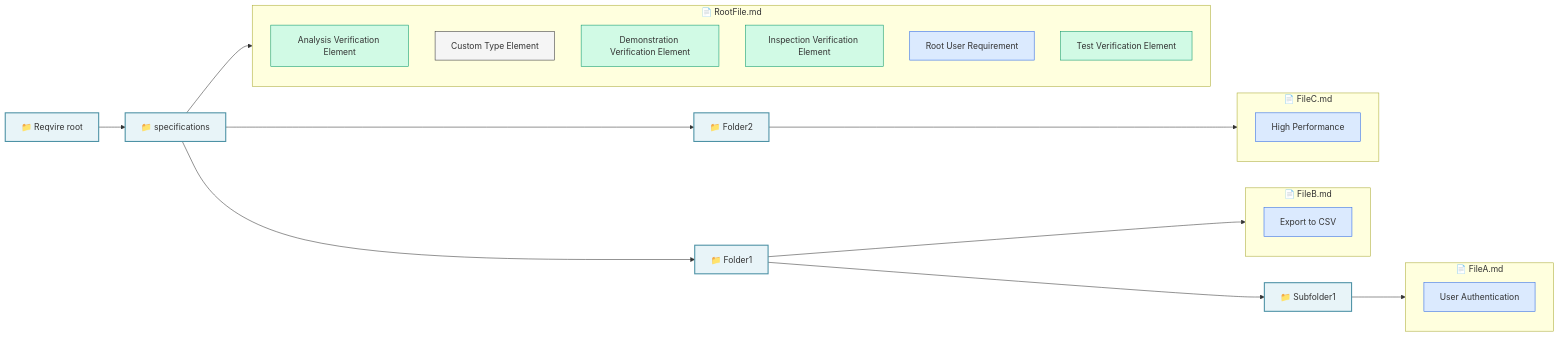
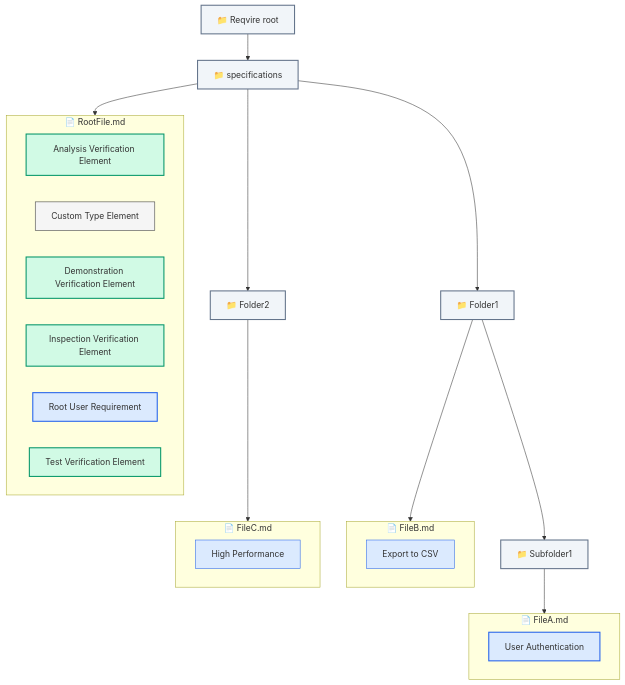
Before and after one commit to reqvire-org/reqvire: the diagram in tests/test-containment-view/expected-containment-output.md, drawn with Mermaid. The commit also changed other lines of this file and 22 other files, not shown here.

````diff
--- a/tests/test-containment-view/expected-containment-output.md
+++ b/tests/test-containment-view/expected-containment-output.md
@@ -6,80 +3,80 @@
 ```mermaid
-graph LR
+graph TD
   %% Graph styling
-  classDef userRequirement fill:#dbeafe,stroke:#2563EB,stroke-width:1px;
+  classDef userRequirement fill:#dbeafe,stroke:#2563EB,stroke-width:2px;
   classDef systemRequirement fill:#dbeafe,stroke:#2563EB,stroke-width:1px;
   classDef requirement fill:#dbeafe,stroke:#2563EB,stroke-width:1px;
-  classDef verification fill:#d1fae5,stroke:#059669,stroke-width:1px;
+  classDef verification fill:#d1fae5,stroke:#059669,stroke-width:2px;
   classDef default fill:#f5f5f5,stroke:#333333,stroke-width:1px;
-  classDef folder fill:#e8f4f8,stroke:#4a90a4,stroke-width:2px;
-  classDef file fill:#fff8e1,stroke:#f9a825,stroke-width:2px;
+  classDef folder fill:#f1f5f9,stroke:#64748B,stroke-width:2px;
+  classDef file fill:#fef3c7,stroke:#D97706,stroke-width:2px;
 
   root["📁 Reqvire root"]
   class root folder
 
   specifications["📁 specifications"]
   root --> specifications
   class specifications folder
   specifications_Folder1["📁 Folder1"]
   specifications --> specifications_Folder1
   class specifications_Folder1 folder
   specifications_Folder1_Subfolder1["📁 Subfolder1"]
   specifications_Folder1 --> specifications_Folder1_Subfolder1
   class specifications_Folder1_Subfolder1 folder
   subgraph specifications/Folder1/Subfolder1/FileA["📄 FileA.md"]
     58d1cd147301f9e3["User Authentication"]
   end
   specifications_Folder1_Subfolder1 --> specifications/Folder1/Subfolder1/FileA
   subgraph specifications/Folder1/FileB["📄 FileB.md"]
     e08a9833904afb54["Export to CSV"]
   end
   specifications_Folder1 --> specifications/Folder1/FileB
   specifications_Folder2["📁 Folder2"]
   specifications --> specifications_Folder2
   class specifications_Folder2 folder
   subgraph specifications/Folder2/FileC["📄 FileC.md"]
     25af44158bf43fcc["High Performance"]
   end
   specifications_Folder2 --> specifications/Folder2/FileC
   subgraph specifications/RootFile["📄 RootFile.md"]
     8be34e37b1135168["Analysis Verification Element"]
     17cdb2bd8b866540["Custom Type Element"]
     27ce8e2d3add00a7["Demonstration Verification Element"]
     e65293d51dd83e69["Inspection Verification Element"]
     2a302bfb04c46059["Root User Requirement"]
     939fef5f29ad393f["Test Verification Element"]
   end
   specifications --> specifications/RootFile
 
   %% Element type styling
   class e08a9833904afb54 requirement
   class f0838bb4b888bb69 requirement
   class 490e1613c01f9f25 requirement
   class b9b9c21ca4e8fef6 requirement
   class 58d1cd147301f9e3 userRequirement
   class 25af44158bf43fcc requirement
   class 06d646615c67db9c requirement
   class 8be34e37b1135168 verification
   class 17cdb2bd8b866540 default
   class 27ce8e2d3add00a7 verification
   class e65293d51dd83e69 verification
   class e7f7eefa12a25e33 requirement
   class 2a302bfb04c46059 userRequirement
   class 939fef5f29ad393f verification
 
   %% Clickable links
   click e08a9833904afb54 "specifications/Folder1/FileB.md#export-to-csv"
   click f0838bb4b888bb69 "specifications/Folder1/FileB.md#import-from-json"
   click 490e1613c01f9f25 "specifications/Folder1/Subfolder1/FileA.md#data-validation"
   click b9b9c21ca4e8fef6 "specifications/Folder1/Subfolder1/FileA.md#error-logging"
   click 58d1cd147301f9e3 "specifications/Folder1/Subfolder1/FileA.md#user-authentication"
   click 25af44158bf43fcc "specifications/Folder2/FileC.md#high-performance"
   click 06d646615c67db9c "specifications/Folder2/FileC.md#scalability"
   click 8be34e37b1135168 "specifications/RootFile.md#analysis-verification-element"
   click 17cdb2bd8b866540 "specifications/RootFile.md#custom-type-element"
   click 27ce8e2d3add00a7 "specifications/RootFile.md#demonstration-verification-element"
   click e65293d51dd83e69 "specifications/RootFile.md#inspection-verification-element"
   click e7f7eefa12a25e33 "specifications/RootFile.md#root-system-requirement"
   click 2a302bfb04c46059 "specifications/RootFile.md#root-user-requirement"
   click 939fef5f29ad393f "specifications/RootFile.md#test-verification-element"
 ```
````
